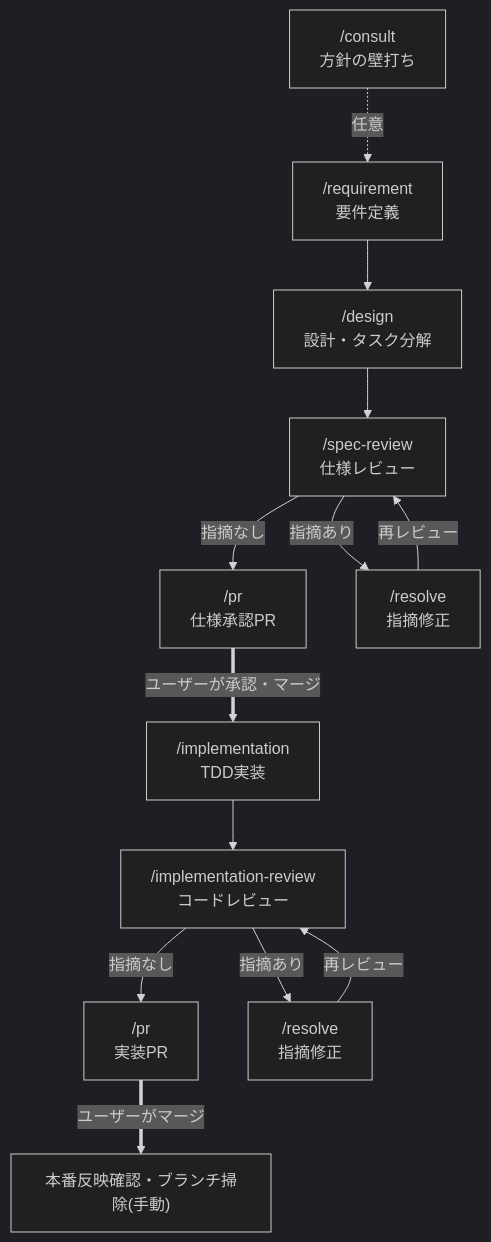
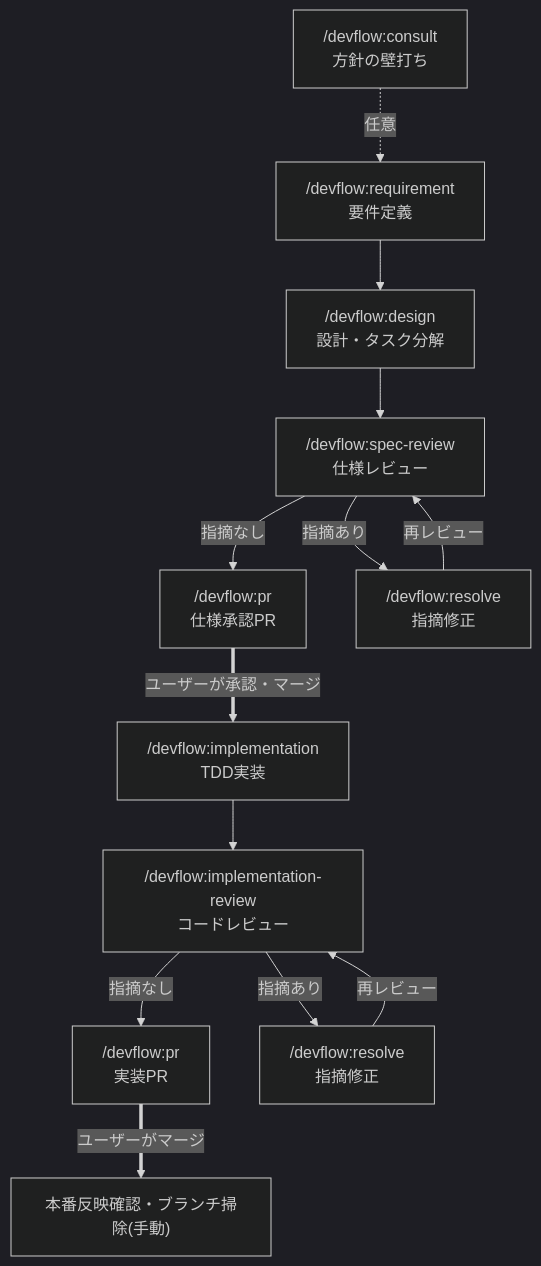
The first of 2 diagrams in .claude/skills/README.md (dnode-ryosuke-yamazaki/study), drawn with Mermaid (dark theme) before and after one commit. The commit also changed other lines of this file and 73 other files, not shown here.

````diff
--- a/.claude/skills/README.md
+++ b/.claude/skills/README.md
@@ -85,27 +85,27 @@
 ```mermaid
 flowchart TD
-    consult["/consult<br>方針の壁打ち"]
-    requirement["/requirement<br>要件定義"]
-    design["/design<br>設計・タスク分解"]
-    specreview["/spec-review<br>仕様レビュー"]
-    prspec["/pr<br>仕様承認PR"]
-    implementation["/implementation<br>TDD実装"]
-    implreview["/implementation-review<br>コードレビュー"]
-    primpl["/pr<br>実装PR"]
+    consult["/devflow:consult<br>方針の壁打ち"]
+    requirement["/devflow:requirement<br>要件定義"]
+    design["/devflow:design<br>設計・タスク分解"]
+    specreview["/devflow:spec-review<br>仕様レビュー"]
+    prspec["/devflow:pr<br>仕様承認PR"]
+    implementation["/devflow:implementation<br>TDD実装"]
+    implreview["/devflow:implementation-review<br>コードレビュー"]
+    primpl["/devflow:pr<br>実装PR"]
     release["本番反映確認・ブランチ掃除(手動)"]
-    resolve1["/resolve<br>指摘修正"]
-    resolve2["/resolve<br>指摘修正"]
+    resolve1["/devflow:resolve<br>指摘修正"]
+    resolve2["/devflow:resolve<br>指摘修正"]
 
     consult -.任意.-> requirement
     requirement --> design
     design --> specreview
     specreview -->|指摘あり| resolve1
     resolve1 -->|再レビュー| specreview
     specreview -->|指摘なし| prspec
     prspec ==>|ユーザーが承認・マージ| implementation
     implementation --> implreview
     implreview -->|指摘あり| resolve2
     resolve2 -->|再レビュー| implreview
     implreview -->|指摘なし| primpl
     primpl ==>|ユーザーがマージ| release
 ```
````
